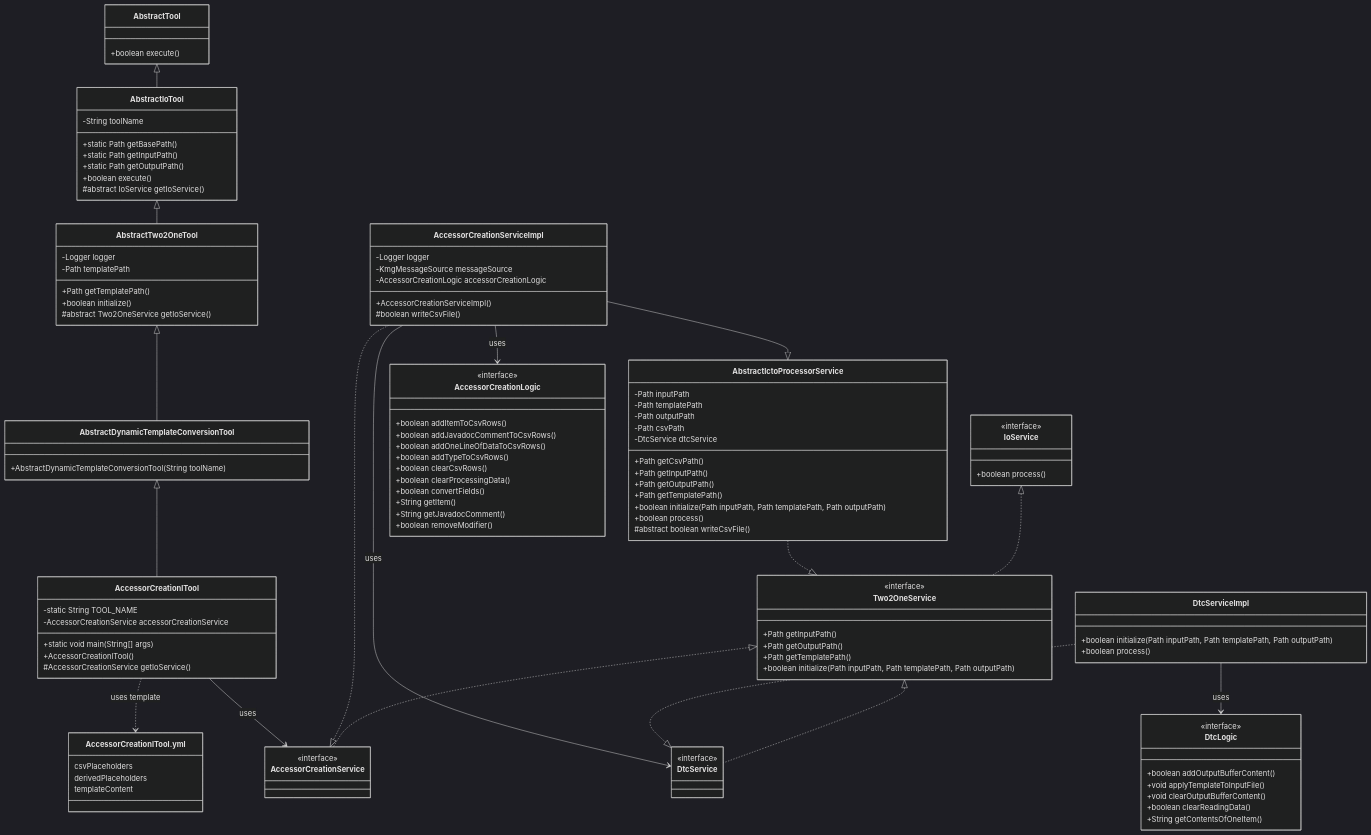
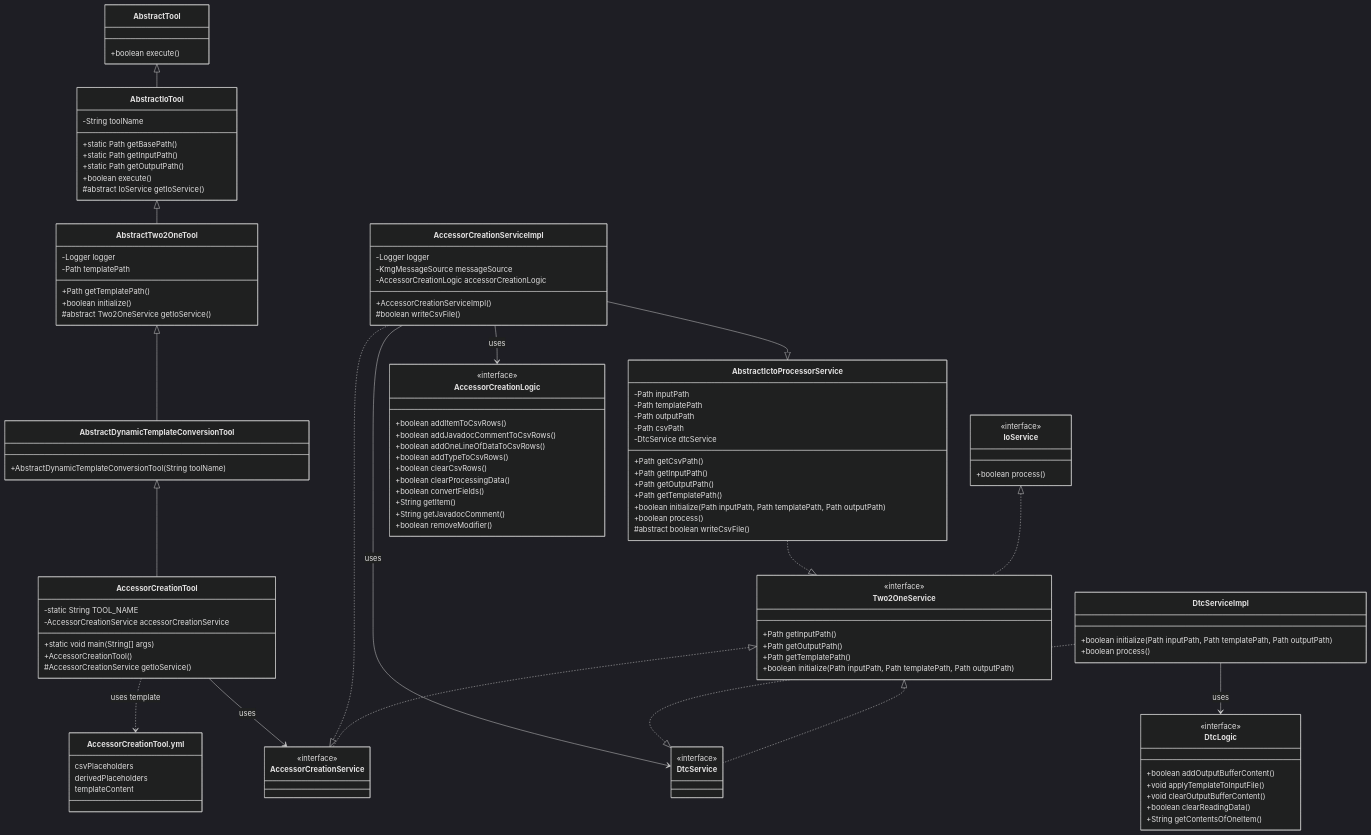
One commit to KenichiroArai/kmg-tool-base changed the first of 2 diagrams in doc/設計書/アクセサ作成ツールの設計図.md. Above: the diagram before and after it, drawn with Mermaid (dark theme). The commit also changed other lines of this file and 3 other files, not shown here.

```diff
--- a/doc/設計書/アクセサ作成ツールの設計図.md
+++ b/doc/設計書/アクセサ作成ツールの設計図.md
@@ -8,7 +8,7 @@
     AbstractTool <|-- AbstractIoTool
     AbstractIoTool <|-- AbstractTwo2OneTool
     AbstractTwo2OneTool <|-- AbstractDynamicTemplateConversionTool
-    AbstractDynamicTemplateConversionTool <|-- AccessorCreationlTool
+    AbstractDynamicTemplateConversionTool <|-- AccessorCreationTool
 
     %% インターフェース実装関係
     IoService <|.. Two2OneService
@@ -22,13 +22,13 @@
     DtcServiceImpl ..|> DtcService
 
     %% ロジック関係
-    AccessorCreationlTool --> AccessorCreationService : uses
+    AccessorCreationTool --> AccessorCreationService : uses
     AccessorCreationServiceImpl --> AccessorCreationLogic : uses
     AccessorCreationServiceImpl --> DtcService : uses
     DtcServiceImpl --> DtcLogic : uses
 
     %% テンプレート関連
-    AccessorCreationlTool ..> AccessorCreationlTool.yml : uses template
+    AccessorCreationTool ..> AccessorCreationTool.yml : uses template
 
     class AbstractTool {
         +boolean execute()
@@ -55,11 +55,11 @@
         +AbstractDynamicTemplateConversionTool(String toolName)
     }
 
-    class AccessorCreationlTool {
+    class AccessorCreationTool {
         -static String TOOL_NAME
         -AccessorCreationService accessorCreationService
         +static void main(String[] args)
-        +AccessorCreationlTool()
+        +AccessorCreationTool()
         #AccessorCreationService getIoService()
     }
 
@@ -135,7 +135,7 @@
         +String getContentsOfOneItem()
     }
 
-    class AccessorCreationlTool.yml {
+    class AccessorCreationTool.yml {
         csvPlaceholders
         derivedPlaceholders
         templateContent
```
